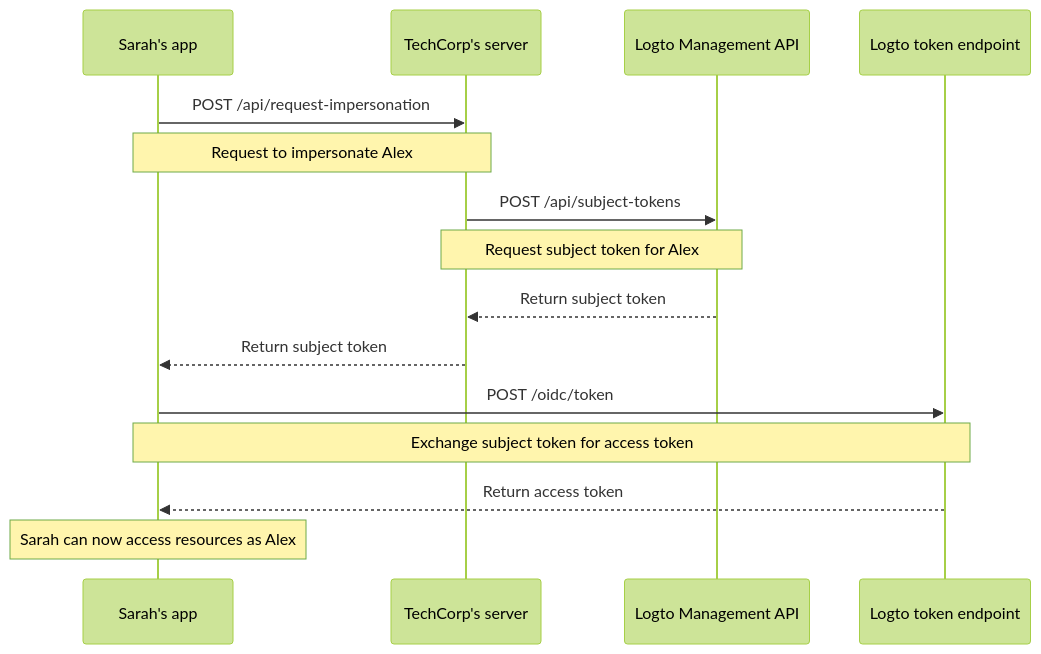
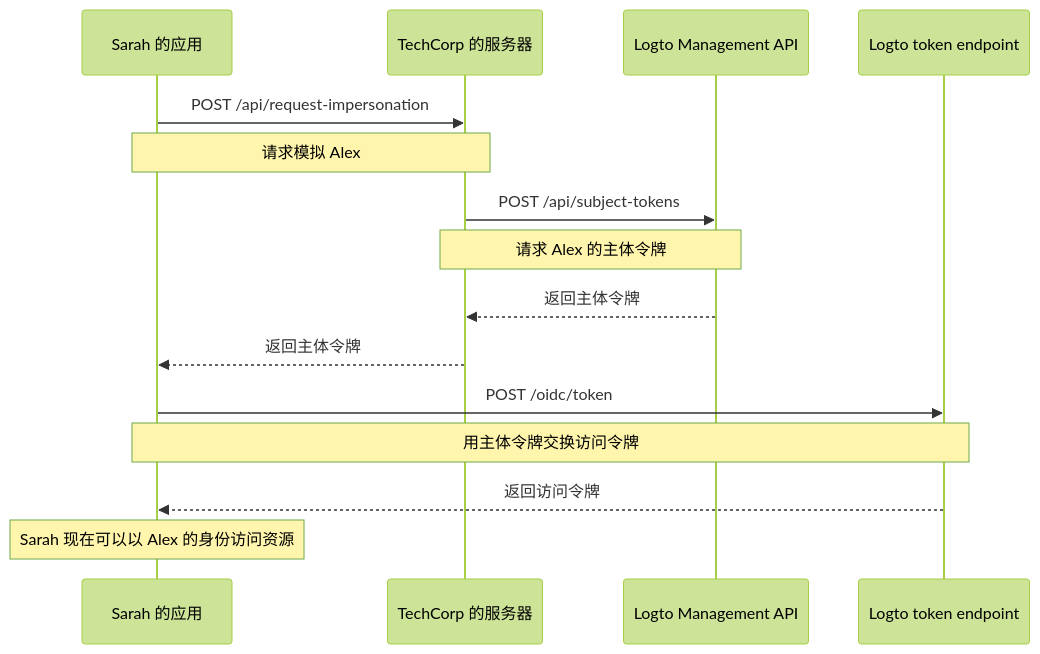
The diagram in i18n/zh-CN/docusaurus-plugin-content-docs/current/developers/user-impersonation.mdx (logto-io/docs), drawn with Mermaid (forest theme) before and after one commit. The commit also changed other lines of this file and 449 other files, not shown here.

````diff
--- a/i18n/zh-CN/docusaurus-plugin-content-docs/current/developers/user-impersonation.mdx
+++ b/i18n/zh-CN/docusaurus-plugin-content-docs/current/developers/user-impersonation.mdx
@@ -16,22 +16,22 @@
 ```mermaid
 sequenceDiagram
-    participant Sarah as Sarah's app
-    participant TechCorp as TechCorp's server
+    participant Sarah as Sarah 的应用
+    participant TechCorp as TechCorp 的服务器
     participant Logto as Logto Management API
     participant LogtoToken as Logto token endpoint
 
     Sarah->>TechCorp: POST /api/request-impersonation
-    Note over Sarah,TechCorp: Request to impersonate Alex
+    Note over Sarah,TechCorp: 请求模拟 Alex
 
     TechCorp->>Logto: POST /api/subject-tokens
-    Note over TechCorp,Logto: Request subject token for Alex
+    Note over TechCorp,Logto: 请求 Alex 的主体令牌
 
-    Logto-->>TechCorp: Return subject token
-    TechCorp-->>Sarah: Return subject token
+    Logto-->>TechCorp: 返回主体令牌
+    TechCorp-->>Sarah: 返回主体令牌
 
     Sarah->>LogtoToken: POST /oidc/token
-    Note over Sarah,LogtoToken: Exchange subject token for access token
+    Note over Sarah,LogtoToken: 用主体令牌交换访问令牌
 
-    LogtoToken-->>Sarah: Return access token
-    Note over Sarah: Sarah can now access resources as Alex
+    LogtoToken-->>Sarah: 返回访问令牌
+    Note over Sarah: Sarah 现在可以以 Alex 的身份访问资源
 ```
````
